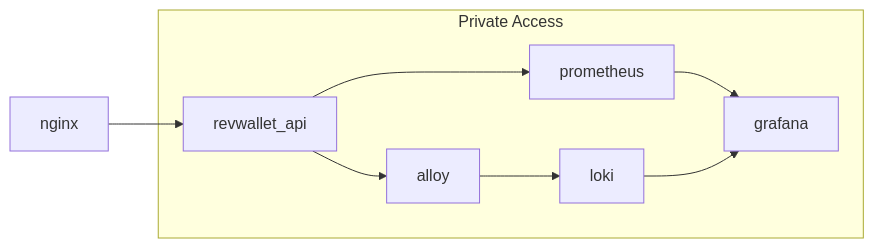
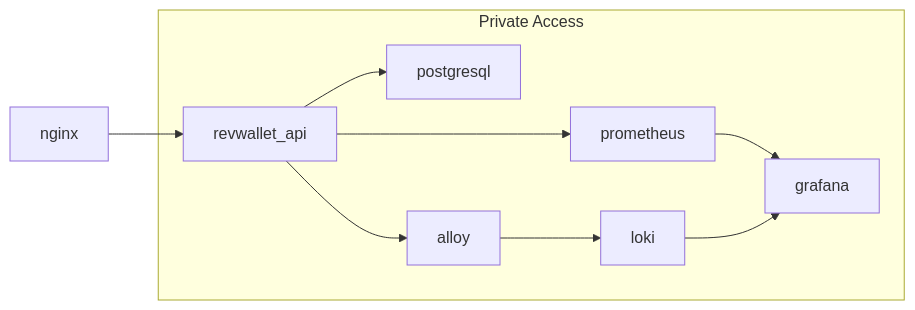
Before and after one commit to arthurjguerra/revwallet: the diagram in README.md, drawn with Mermaid.

Commit message:
feat: add arch diagram

````diff
--- a/README.md
+++ b/README.md
@@ -6,11 +6,12 @@
 ```mermaid
 flowchart LR
   nginx-->revwallet_api
   subgraph Private Access
+    revwallet_api-->postgresql
     revwallet_api-->prometheus
     revwallet_api-->alloy
     prometheus-->grafana
     alloy-->loki
     loki-->grafana
   end
 ```
````
